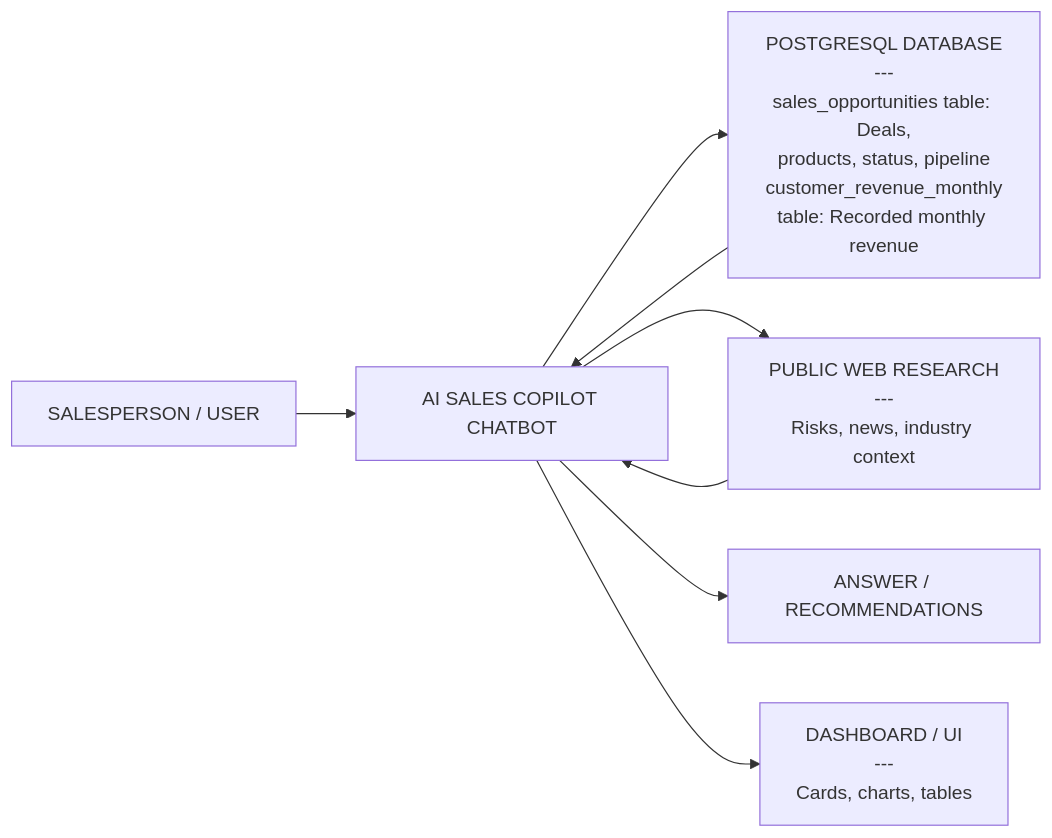
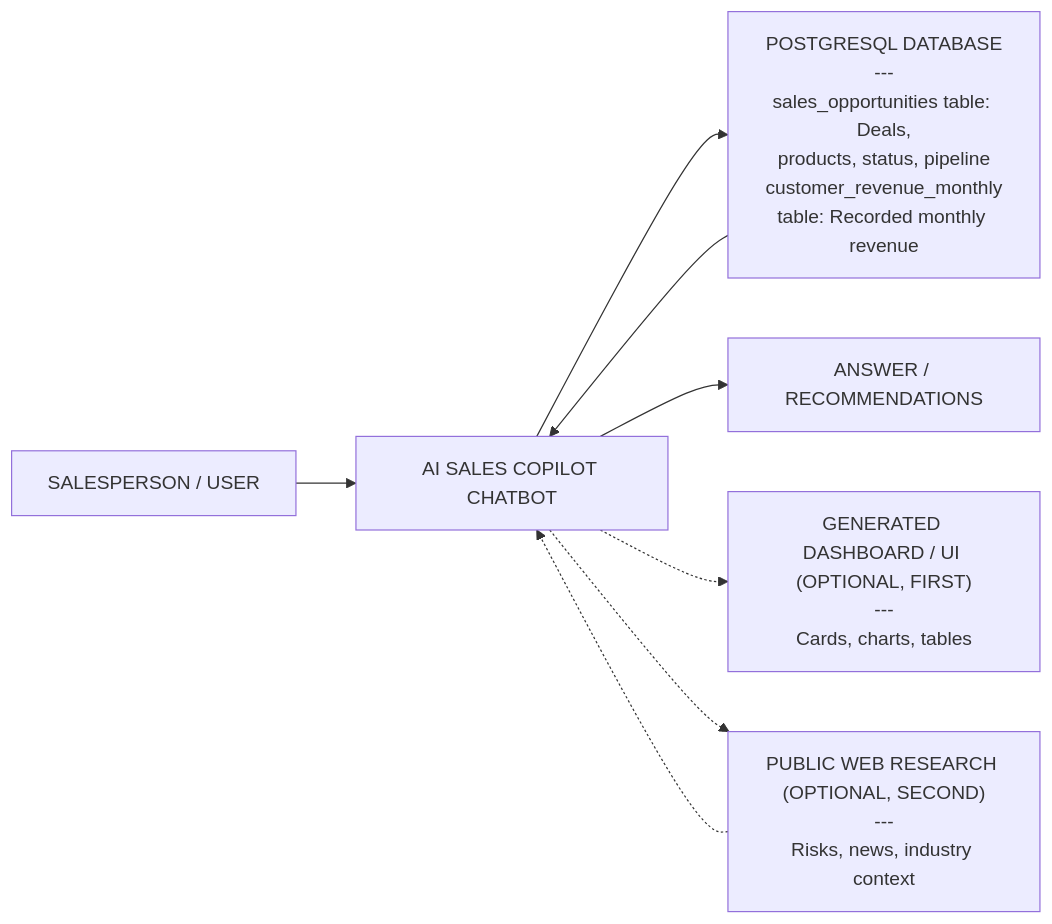
Before and after one commit to richardkocian/absl-hackathon: the diagram in README.md, drawn with Mermaid. The commit also changed other lines of this file and 1 other file, not shown here.

Commit message:
docs: Update README with detailed build instructions and optional features & add presentation

````diff
--- a/README.md
+++ b/README.md
@@ -10,17 +11,17 @@
 ```mermaid
 flowchart LR
     user["SALESPERSON / USER"]
     copilot["AI SALES COPILOT CHATBOT"]
     database["POSTGRESQL DATABASE<br/>---<br/>sales_opportunities table: Deals,<br/>products, status, pipeline<br/>customer_revenue_monthly<br/>table: Recorded monthly revenue"]
-    research["PUBLIC WEB RESEARCH<br/>---<br/>Risks, news, industry context"]
     answers["ANSWER / RECOMMENDATIONS"]
-    dashboard["DASHBOARD / UI<br/>---<br/>Cards, charts, tables"]
+    dashboard["GENERATED DASHBOARD / UI (OPTIONAL, FIRST)<br/>---<br/>Cards, charts, tables"]
+    research["PUBLIC WEB RESEARCH (OPTIONAL, SECOND)<br/>---<br/>Risks, news, industry context"]
 
     user --> copilot
     copilot --> database
     database --> copilot
-    copilot --> research
-    research --> copilot
     copilot --> answers
-    copilot --> dashboard
+    copilot -.-> dashboard
+    copilot -.-> research
+    research -.-> copilot
 ```
````
